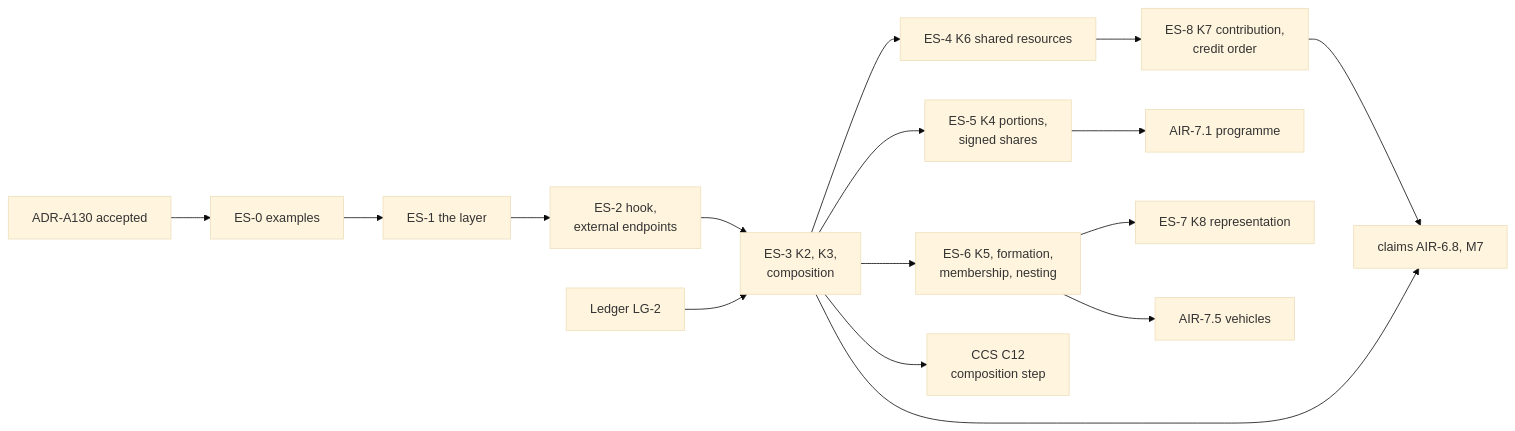
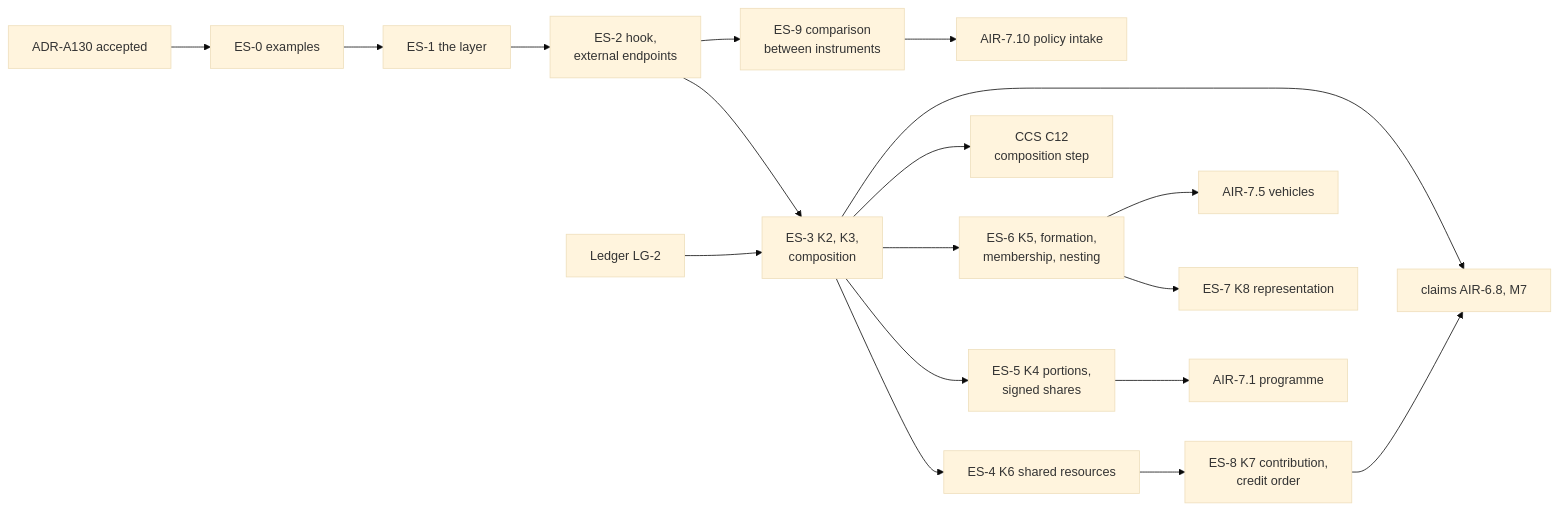
One commit to nebularis/lattice changed the diagram in docs/developer/plans/ensemble.md. Above: the diagram before and after it, drawn with Mermaid (base theme). The commit also changed other lines of this file and 15 other files, not shown here.

````diff
--- a/docs/developer/plans/ensemble.md
+++ b/docs/developer/plans/ensemble.md
@@ -71,18 +73,20 @@
 ```mermaid
 flowchart LR
   ADR["ADR-A130 accepted"] --> S0["ES-0 examples"]
   S0 --> S1["ES-1 the layer"]
   S1 --> S2["ES-2 hook,<br/>external endpoints"]
   S2 --> S3["ES-3 K2, K3,<br/>composition"]
   LG2["Ledger LG-2"] --> S3
   S3 --> S4["ES-4 K6 shared resources"]
   S3 --> S5["ES-5 K4 portions,<br/>signed shares"]
   S3 --> S6["ES-6 K5, formation,<br/>membership, nesting"]
   S6 --> S7["ES-7 K8 representation"]
   S4 --> S8["ES-8 K7 contribution,<br/>credit order"]
+  S2 --> S9["ES-9 comparison<br/>between instruments"]
+  S9 --> A710["AIR-7.10 policy intake"]
   S3 --> C12["CCS C12<br/>composition step"]
   S3 --> A68["claims AIR-6.8, M7"]
   S8 --> A68
   S5 --> A71["AIR-7.1 programme"]
   S6 --> A75["AIR-7.5 vehicles"]
 ```
````
